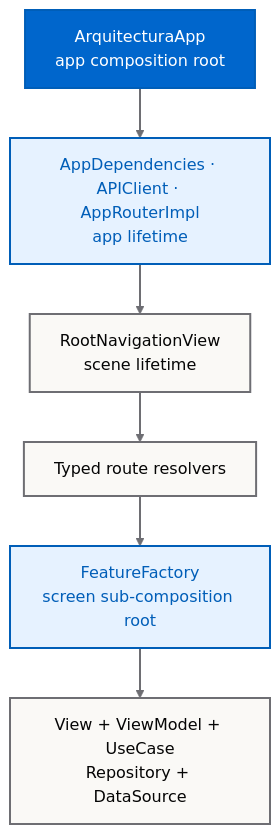
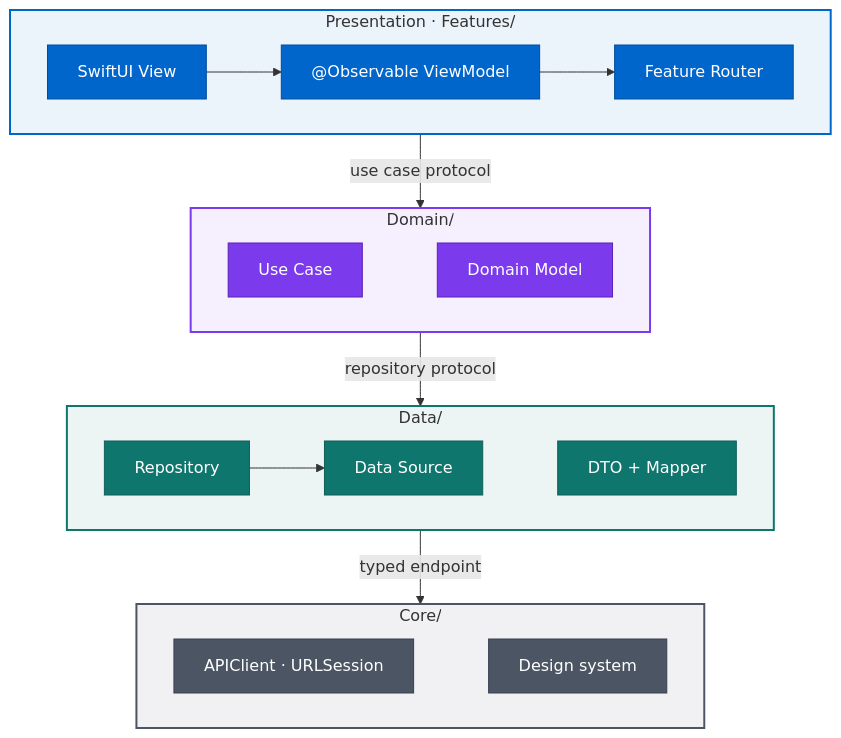
The first of 3 diagrams in README.md (magnoscg/ios-architecture-reference), drawn with Mermaid before and after one commit. The commit also changed other lines of this file and 5 other files, not shown here.

First line of the commit message:
docs: redesign README as a visual architecture overview

````diff
--- a/README.md
+++ b/README.md
@@ -44,16 +86,35 @@
 ```mermaid
 flowchart TB
-    App["ArquitecturaApp<br/>app composition root"] --> Lifetime["AppDependencies · APIClient · AppRouterImpl<br/>app lifetime"]
-    Lifetime --> Root["RootNavigationView<br/>scene lifetime"]
-    Root --> Resolver["Typed route resolvers"]
-    Resolver --> Factory["FeatureFactory<br/>screen sub-composition root"]
-    Factory --> Graph["View + ViewModel + UseCase<br/>Repository + DataSource"]
+    subgraph PRESENTATION["Presentation · Features/"]
+        direction LR
+        View["SwiftUI View"] --> ViewModel["@Observable ViewModel"] --> Router["Feature Router"]
+    end
+    subgraph DOMAIN["Domain/"]
+        direction LR
+        UseCase["Use Case"] ~~~ Model["Domain Model"]
+    end
+    subgraph DATA["Data/"]
+        direction LR
+        Repository["Repository"] --> DataSource["Data Source"] ~~~ DTO["DTO + Mapper"]
+    end
+    subgraph CORE["Core/"]
+        direction LR
+        APIClient["APIClient · URLSession"] ~~~ DesignSystem["Design system"]
+    end
+    PRESENTATION -- "use case protocol" --> DOMAIN
+    DOMAIN -- "repository protocol" --> DATA
+    DATA -- "typed endpoint" --> CORE
 
-    classDef primary fill:#0066CC,color:#FFFFFF,stroke:#005EB8,stroke-width:2px;
-    classDef secondary fill:#E6F2FF,color:#005EB8,stroke:#005EB8,stroke-width:2px;
-    classDef neutral fill:#FAF9F6,color:#050505,stroke:#6E6E73,stroke-width:2px;
-    class App primary;
-    class Lifetime,Factory secondary;
-    class Root,Resolver,Graph neutral;
-    linkStyle default stroke:#6E6E73,stroke-width:2px;
+    classDef presentation fill:#0066CC,stroke:#004C99,color:#FFFFFF
+    classDef domain fill:#7C3AED,stroke:#5B21B6,color:#FFFFFF
+    classDef data fill:#0F766E,stroke:#115E59,color:#FFFFFF
+    classDef core fill:#4B5563,stroke:#374151,color:#FFFFFF
+    class View,ViewModel,Router presentation
+    class UseCase,Model domain
+    class Repository,DataSource,DTO data
+    class APIClient,DesignSystem core
+    style PRESENTATION fill:#0066CC14,stroke:#0066CC,stroke-width:2px
+    style DOMAIN fill:#7C3AED14,stroke:#7C3AED,stroke-width:2px
+    style DATA fill:#0F766E14,stroke:#0F766E,stroke-width:2px
+    style CORE fill:#4B556314,stroke:#4B5563,stroke-width:2px
 ```
````
